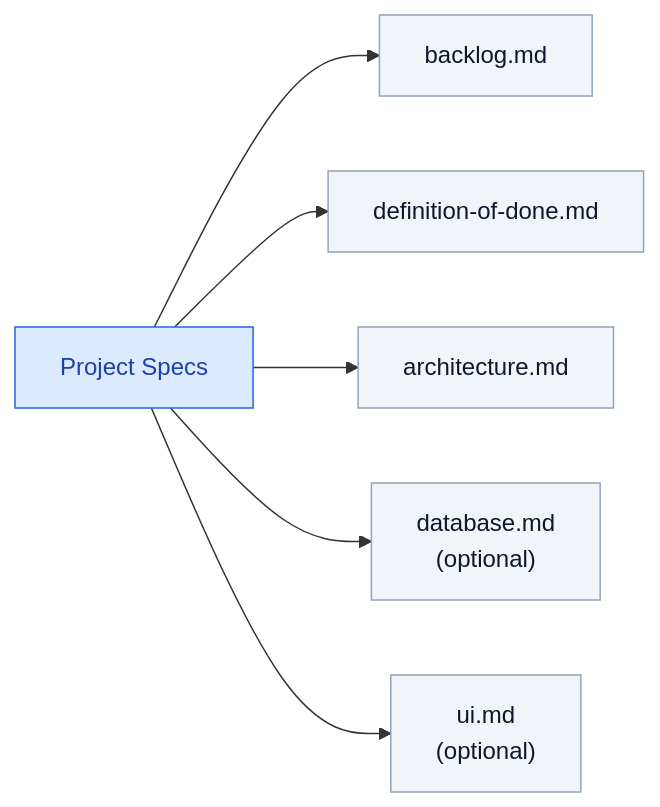
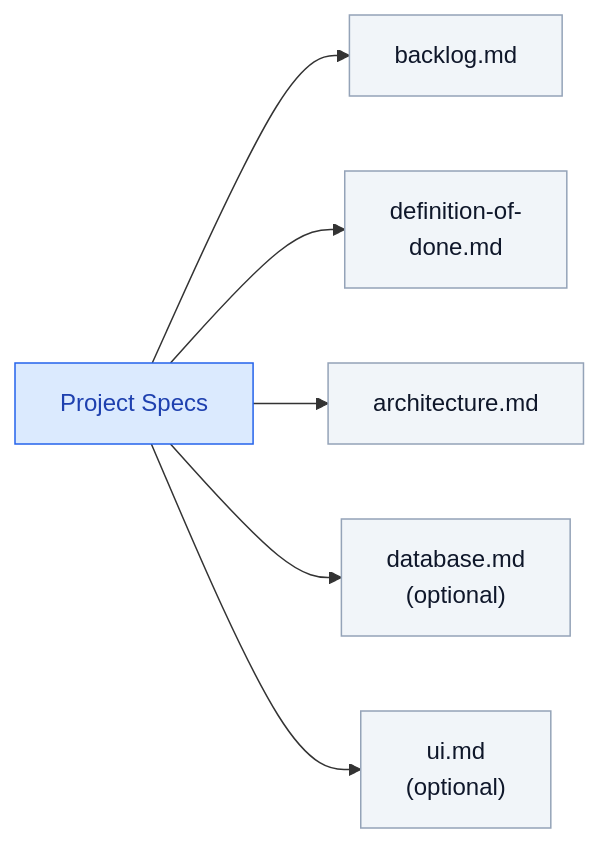
One commit to mtov/AgileSpec changed the fourth of 10 diagrams in README.md. Above: the diagram before and after it, drawn with Mermaid. The commit also changed other lines of this file and 1 other file, not shown here.

````diff
--- a/README.md
+++ b/README.md
@@ -130,15 +132,15 @@
 ```mermaid
 flowchart LR
     P["Project Specs"]
     P --> B["backlog.md"]
-    P --> F["definition-of-done.md"]
+    P --> F["definition-of-<br/>done.md"]
     P --> A["architecture.md"]
     P --> D["database.md<br/>(optional)"]
     P --> U["ui.md<br/>(optional)"]
 
     classDef root fill:#dbeafe,stroke:#2563eb,color:#1e40af
     classDef doc fill:#f1f5f9,stroke:#94a3b8,color:#0f172a
 
     class P root
     class B,A,D,U,F doc
 ```
````
